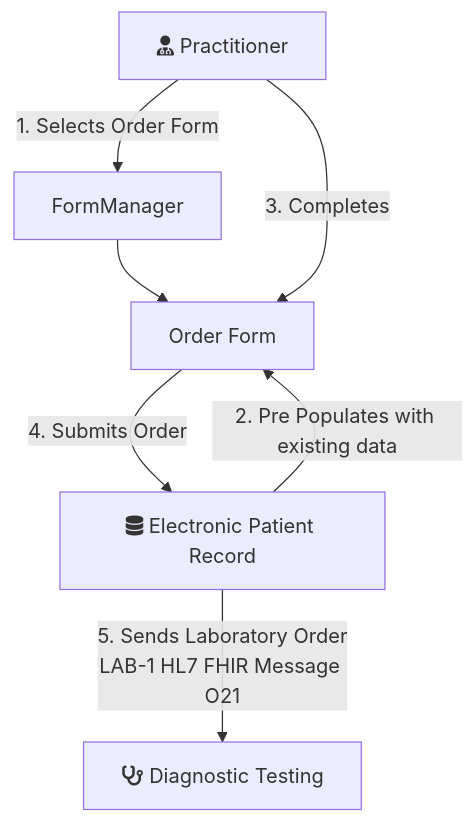
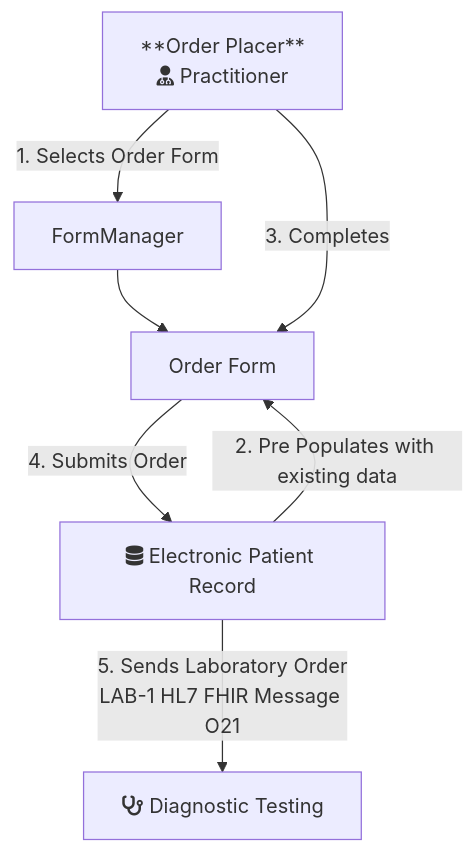
One commit to uk-gov-mirror/nw-gmsa.nw-gmsa.github.com changed the fourth of 5 diagrams in input/pagecontent/introduction.md. Above: the diagram before and after it, drawn with Mermaid. The commit also changed other lines of this file, not shown here.

````diff
--- a/input/pagecontent/introduction.md
+++ b/input/pagecontent/introduction.md
@@ -150,10 +150,10 @@
 ```mermaid
 graph TD;
 
-    Practitioner[fas:fa-user-md Practitioner] --> |1. Selects Order Form| FormManager
+    Practitioner[**Order Placer**<br/>fas:fa-user-md Practitioner] --> |1. Selects Order Form| FormManager
     FormManager --> OrderEntry
     Practitioner --> |3. Completes| OrderEntry[Order Form]
     EPR[fas:fa-database Electronic Patient Record] --> |2. Pre Populates with existing data| OrderEntry 
     OrderEntry --> |4. Submits Order| EPR
     EPR --> |5. Sends Laboratory Order<br/>LAB-1 HL7 FHIR Message O21| DiagnosticTesting[fas:fa-stethoscope Diagnostic Testing]
 ```
````
